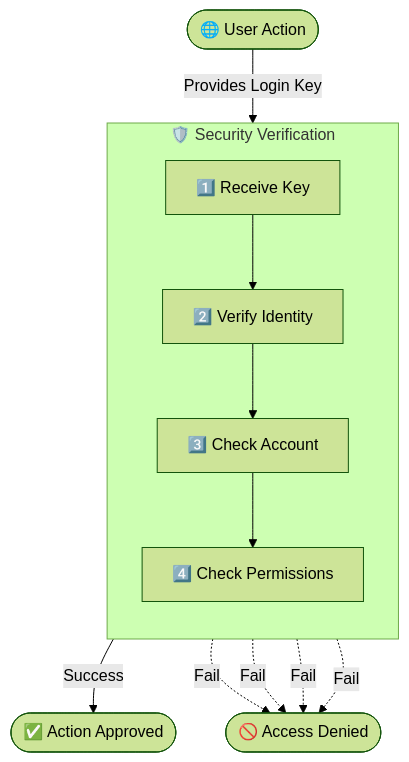
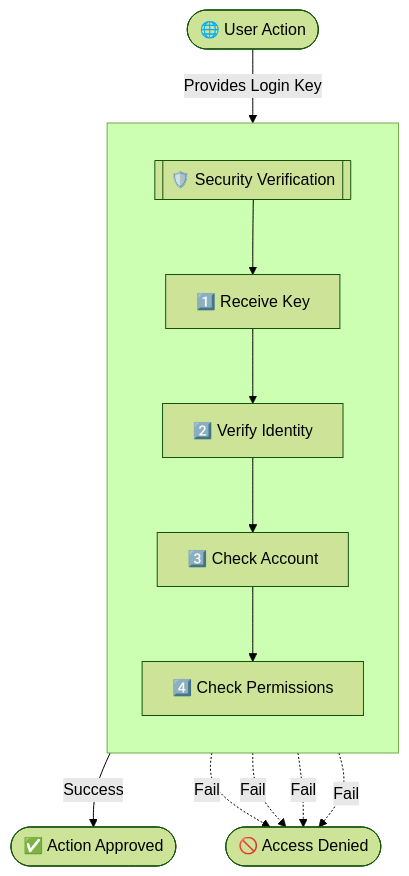
The second of 2 diagrams in README.md (Himanshu-Singh11/Feedback-Collector), drawn with Mermaid (forest theme) before and after one commit.

Commit message:
docs: Place Security Verification as a node inside subgraph so Receive Key connects exactly below it

````diff
--- a/README.md
+++ b/README.md
@@ -107,25 +107,27 @@
 ```mermaid
 flowchart TD
     Request(["🌐 User Action"])
     
-    subgraph Middleware ["🛡️ Security Verification"]
+    subgraph Middleware [" "]
         direction TB
+        Sec[["🛡️ Security Verification"]]
         T["1️⃣ Receive Key"]
         V["2️⃣ Verify Identity"]
         U["3️⃣ Check Account"]
         R["4️⃣ Check Permissions"]
         
+        Sec --> T
         T --> V --> U --> R
     end
     
     Block(["🚫 Access Denied"])
     Allow(["✅ Action Approved"])
 
-    Request -- "Provides Login Key" --> Middleware
+    Request -- "Provides Login Key" --> Sec
     R -- "Success" --> Allow
     
     T -. "Fail" .-> Block
     V -. "Fail" .-> Block
     U -. "Fail" .-> Block
     R -. "Fail" .-> Block
 ```
````
